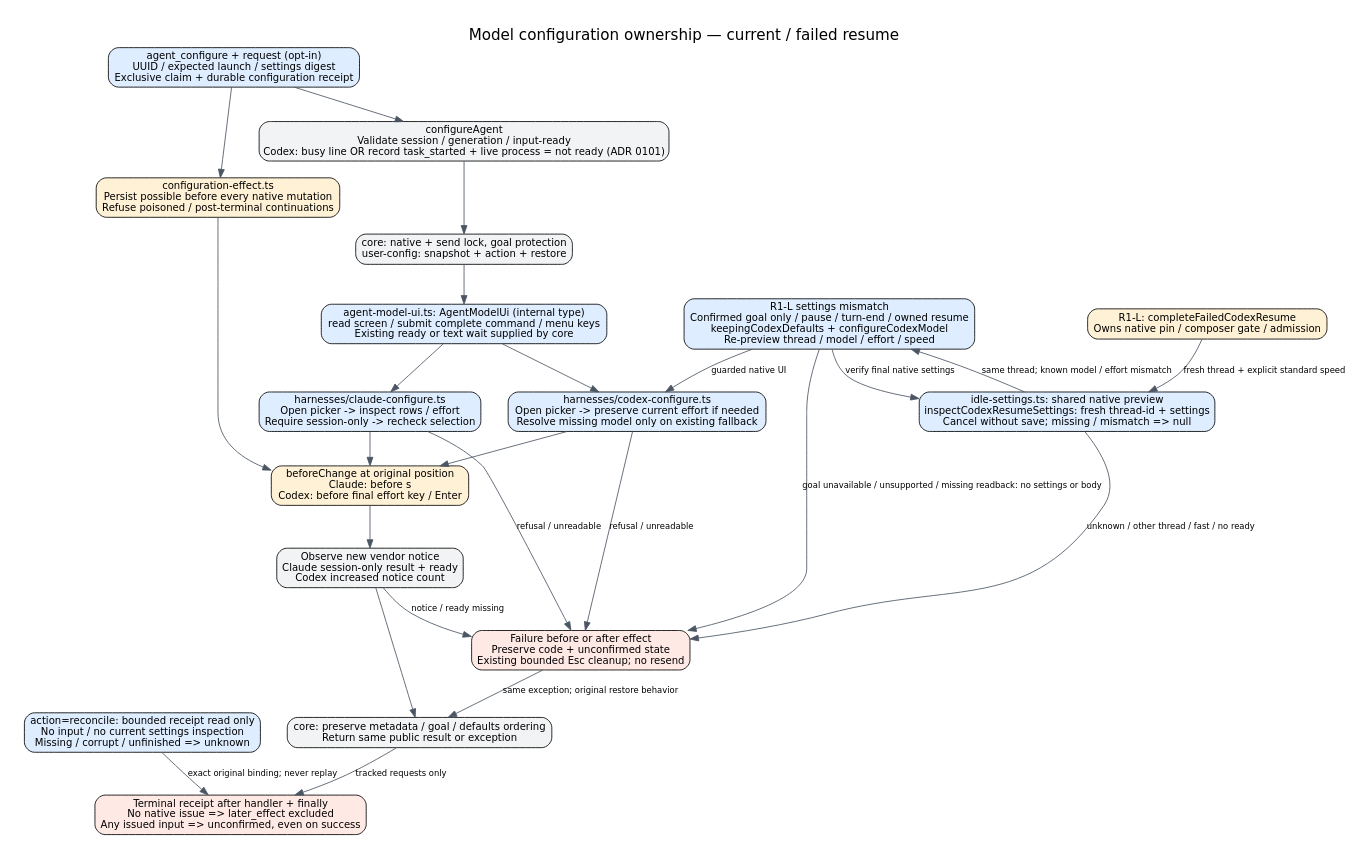
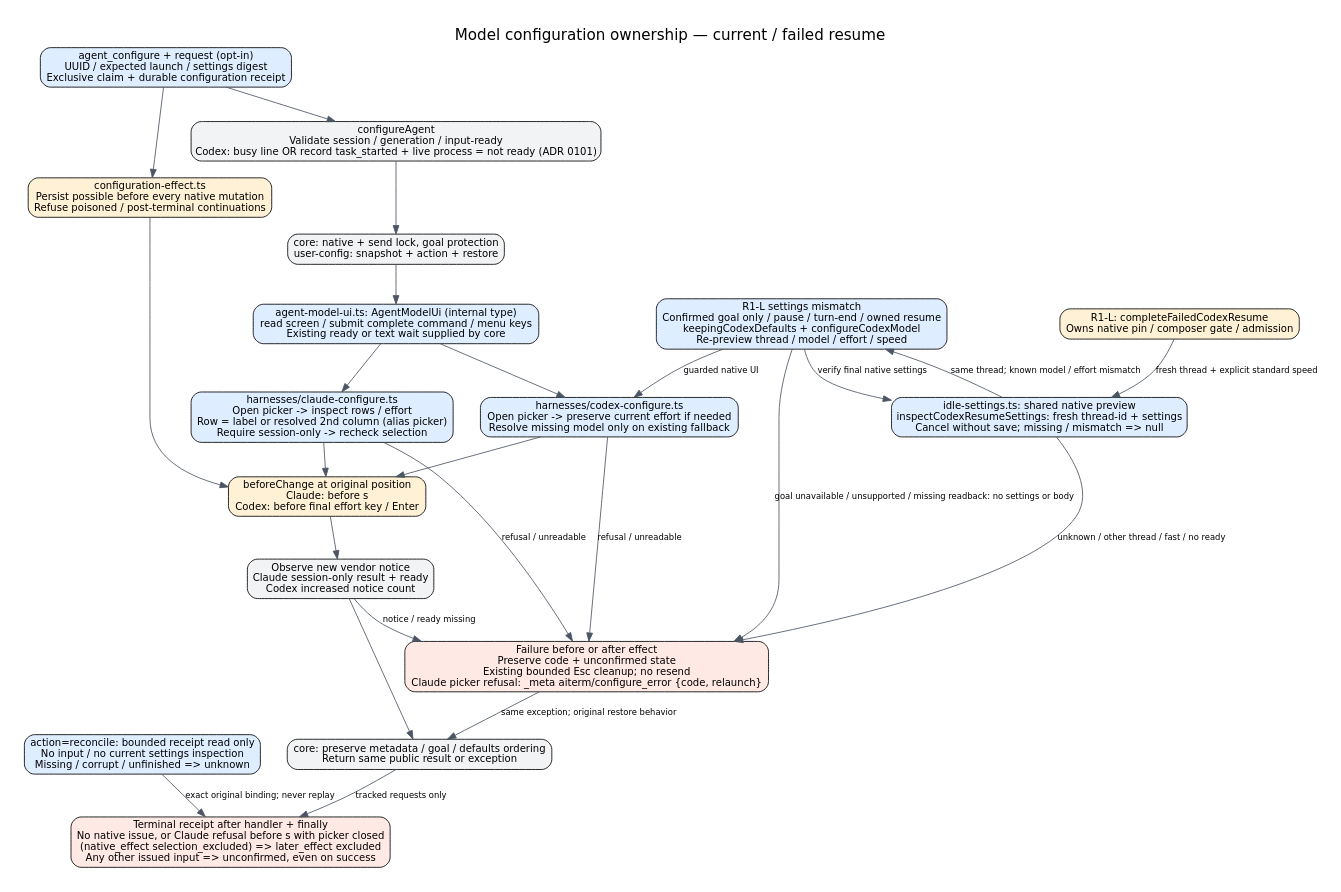
The diagram in docs/architecture/model-configuration.dot (kitepon/aiterm-mcp), drawn with Graphviz before and after one commit. The commit also changed 10 other files, not shown here.

First line of the commit message:
Match Claude alias pickers by their resolved model and record pre-selection refusals as excluded

```diff
--- a/docs/architecture/model-configuration.dot
+++ b/docs/architecture/model-configuration.dot
@@ -1,47 +1,47 @@
 digraph configuration {
  graph [rankdir=TB,bgcolor="white",pad=0.3,nodesep=0.45,ranksep=0.55,fontname="DejaVu Sans",fontsize=18,label="Model configuration ownership — current / failed resume",labelloc=t];
  node [shape=box,style="rounded,filled",fillcolor="#f1f3f5",fontname="DejaVu Sans",fontsize=12];
  edge [fontname="DejaVu Sans",fontsize=10,color="#4b5563"];
  request [label="configureAgent\nValidate session / generation / input-ready\nCodex: busy line OR record task_started + live process = not ready (ADR 0101)"];
  tracked [label="agent_configure + request (opt-in)\nUUID / expected launch / settings digest\nExclusive claim + durable configuration receipt",fillcolor="#deedff"];
  effect_guard [label="configuration-effect.ts\nPersist possible before every native mutation\nRefuse poisoned / post-terminal continuations",fillcolor="#fff1d5"];
  reconcile [label="action=reconcile: bounded receipt read only\nNo input / no current settings inspection\nMissing / corrupt / unfinished => unknown",fillcolor="#deedff"];
- receipt [label="Terminal receipt after handler + finally\nNo native issue => later_effect excluded\nAny issued input => unconfirmed, even on success",fillcolor="#ffe9e4"];
+ receipt [label="Terminal receipt after handler + finally\nNo native issue, or Claude refusal before s with picker closed\n(native_effect selection_excluded) => later_effect excluded\nAny other issued input => unconfirmed, even on success",fillcolor="#ffe9e4"];
  tracked -> request;
  tracked -> effect_guard;
  effect_guard -> sideeffect;
  result -> receipt [label="tracked requests only"];
  reconcile -> receipt [label="exact original binding; never replay"];
  lock [label="core: native + send lock, goal protection\nuser-config: snapshot + action + restore"];
  port [label="agent-model-ui.ts: AgentModelUi (internal type)\nread screen / submit complete command / menu keys\nExisting ready or text wait supplied by core",fillcolor="#deedff"];
- claude [label="harnesses/claude-configure.ts\nOpen picker -> inspect rows / effort\nRequire session-only -> recheck selection",fillcolor="#deedff"];
+ claude [label="harnesses/claude-configure.ts\nOpen picker -> inspect rows / effort\nRow = label or resolved 2nd column (alias picker)\nRequire session-only -> recheck selection",fillcolor="#deedff"];
  codex [label="harnesses/codex-configure.ts\nOpen picker -> preserve current effort if needed\nResolve missing model only on existing fallback",fillcolor="#deedff"];
  sideeffect [label="beforeChange at original position\nClaude: before s\nCodex: before final effort key / Enter",fillcolor="#fff1d5"];
  observe [label="Observe new vendor notice\nClaude session-only result + ready\nCodex increased notice count"];
  result [label="core: preserve metadata / goal / defaults ordering\nReturn same public result or exception"];
- failure [label="Failure before or after effect\nPreserve code + unconfirmed state\nExisting bounded Esc cleanup; no resend",fillcolor="#ffe9e4"];
+ failure [label="Failure before or after effect\nPreserve code + unconfirmed state\nExisting bounded Esc cleanup; no resend\nClaude picker refusal: _meta aiterm/configure_error {code, relaunch}",fillcolor="#ffe9e4"];
  preview [label="idle-settings.ts: shared native preview\ninspectCodexResumeSettings: fresh thread-id + settings\nCancel without save; missing / mismatch => null",fillcolor="#deedff"];
  repair [label="R1-L: completeFailedCodexResume\nOwns native pin / composer gate / admission",style="rounded,filled",fillcolor="#fff1d5"];
  repair -> preview [label="fresh thread + explicit standard speed"];
  restore_resume [label="R1-L settings mismatch
 Confirmed goal only / pause / turn-end / owned resume
 keepingCodexDefaults + configureCodexModel
 Re-preview thread / model / effort / speed",fillcolor="#deedff"];
  preview -> restore_resume [label="same thread; known model / effort mismatch"];
  restore_resume -> codex [label="guarded native UI"];
  restore_resume -> failure [label="goal unavailable / unsupported / missing readback: no settings or body"];
  restore_resume -> preview [label="verify final native settings"];
  preview -> failure [label="unknown / other thread / fast / no ready"];
  request -> lock;
  lock -> port;
  port -> claude;
  port -> codex;
  claude -> sideeffect;
  codex -> sideeffect;
  sideeffect -> observe;
  observe -> result;
  claude -> failure [label="refusal / unreadable"];
  codex -> failure [label="refusal / unreadable"];
  observe -> failure [label="notice / ready missing"];
  failure -> result [label="same exception; original restore behavior"];
 }
```
